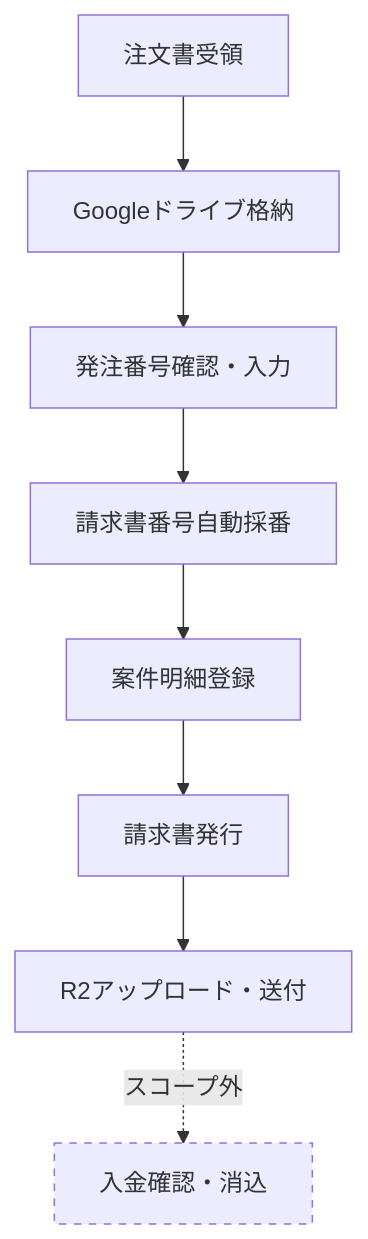
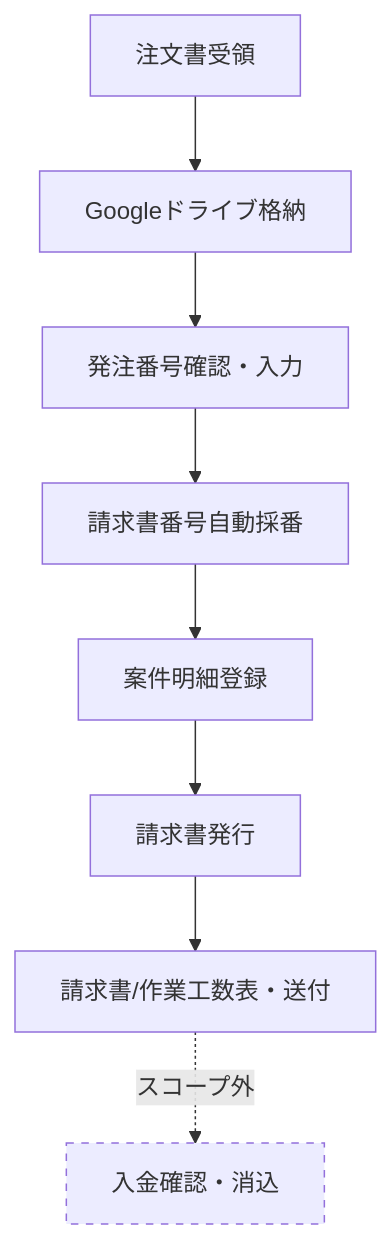
The diagram in 00_docs/00_請求書発行業務フロー図.md (shigi4git-hub/billing), drawn with Mermaid before and after one commit. The commit also changed other lines of this file, not shown here.

Commit message:
フロー図の微修正

````diff
--- a/00_docs/00_請求書発行業務フロー図.md
+++ b/00_docs/00_請求書発行業務フロー図.md
@@ -10,12 +10,12 @@
 ```mermaid
 flowchart TD
     A[注文書受領] --> B[Googleドライブ格納]
     B --> C[発注番号確認・入力]
     C --> D[請求書番号自動採番]
     D --> E[案件明細登録]
     E --> F[請求書発行]
-    F --> G[R2アップロード・送付]
+    F --> G[請求書/作業工数表・送付]
     G -.スコープ外.-> H[入金確認・消込]
 
     style H stroke-dasharray:5,5
 ```
````
